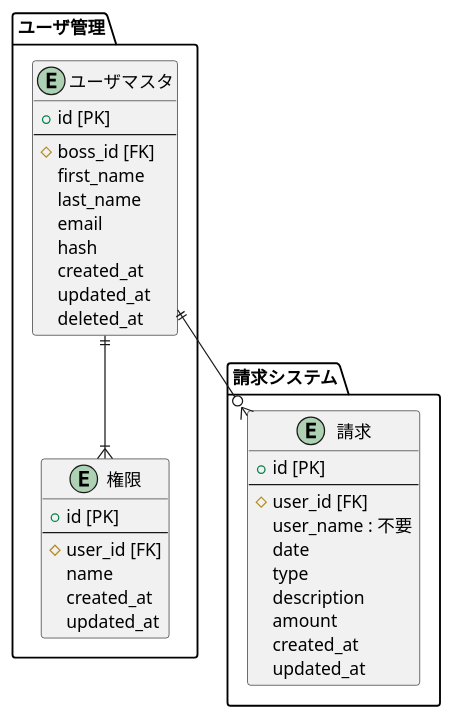
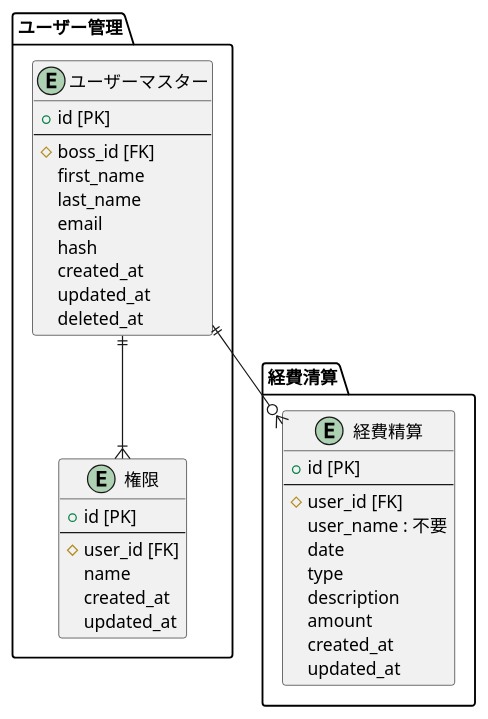
The diagram in uml/tables.pu (jkytf0122000/expense-reporter-sample), drawn with PlantUML before and after one commit. The commit also changed 4 other files, not shown here.

```diff
--- a/uml/tables.pu
+++ b/uml/tables.pu
@@ -1,45 +1,45 @@
 @startuml
 
-package 請求システム as expense_system {
-  entity "請求" as expense {
+package 経費清算 as expense_system {
+  entity "経費精算" as expense {
     + id [PK]
     --
     # user_id [FK]
     user_name : 不要
     date
     type
     description
     amount
     created_at
     updated_at
   }
 }
 
-package ユーザ管理 as user_management {
-  entity "ユーザマスタ" as user {
+package ユーザー管理 as user_management {
+  entity "ユーザーマスター" as user {
     + id [PK]
     --
     # boss_id [FK]
     first_name
     last_name
     email
     hash
     created_at
     updated_at
     deleted_at
   }
 
   entity "権限" as role {
     + id [PK]
     --
     # user_id [FK]
     name
     created_at
     updated_at
   }
 }
 
   user ||--|{ role
   user ||--o{ expense
 
 @enduml
```
